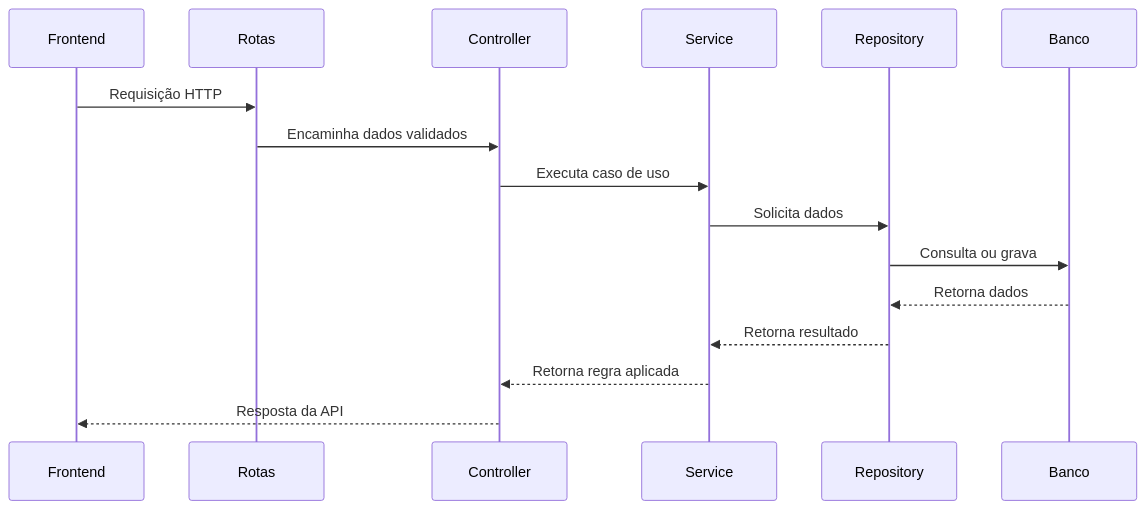
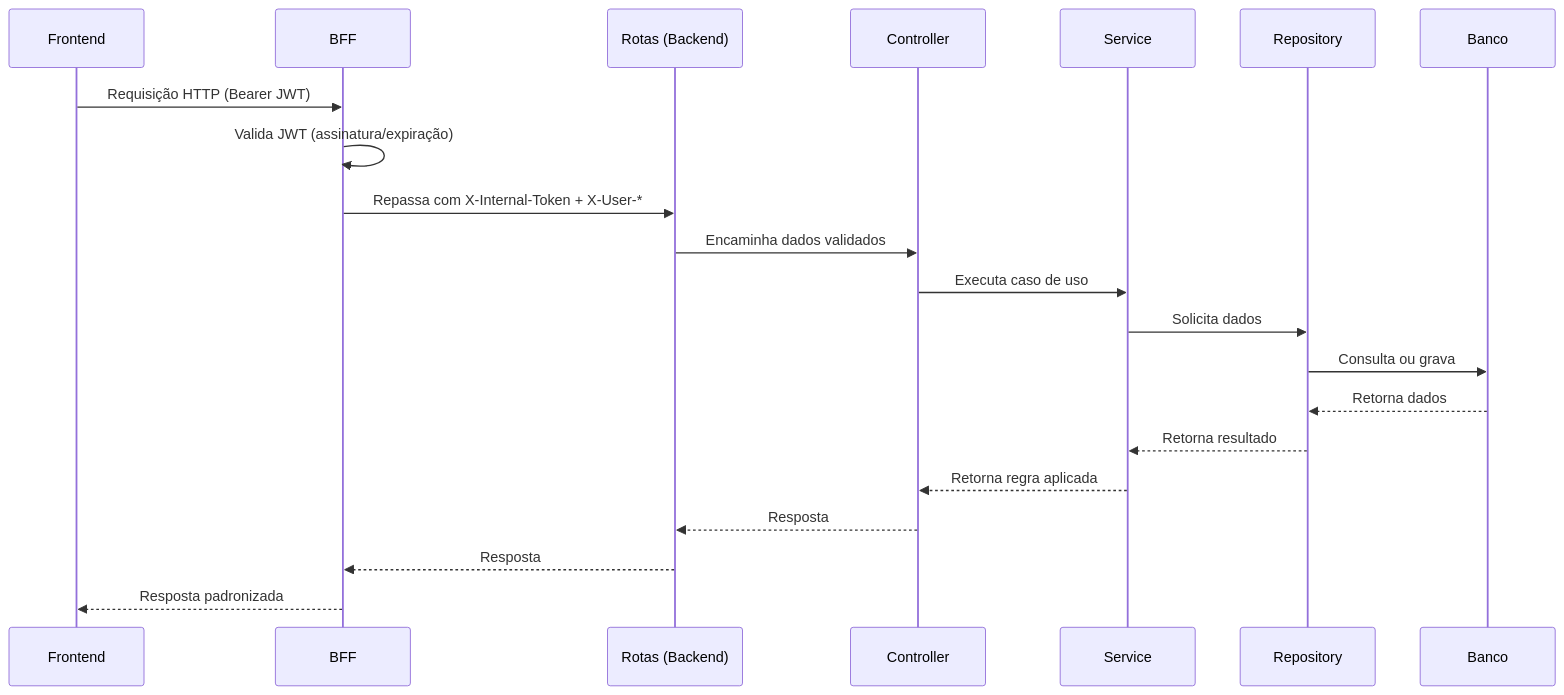
One commit to fga-eps-mds/2026-1-AnatoQuizUp-Doc changed the diagram in docs/arquitetura/visoes/logica.md. Above: the diagram before and after it, drawn with Mermaid. The commit also changed other lines of this file and 14 other files, not shown here.

````diff
--- a/docs/arquitetura/visoes/logica.md
+++ b/docs/arquitetura/visoes/logica.md
@@ -54,19 +66,24 @@
 ```mermaid
 sequenceDiagram
     participant F as Frontend
-    participant R as Rotas
+    participant B as BFF
+    participant R as Rotas (Backend)
     participant C as Controller
     participant S as Service
     participant P as Repository
-    participant B as Banco
+    participant DB as Banco
 
-    F->>R: Requisição HTTP
+    F->>B: Requisição HTTP (Bearer JWT)
+    B->>B: Valida JWT (assinatura/expiração)
+    B->>R: Repassa com X-Internal-Token + X-User-*
     R->>C: Encaminha dados validados
     C->>S: Executa caso de uso
     S->>P: Solicita dados
-    P->>B: Consulta ou grava
-    B-->>P: Retorna dados
+    P->>DB: Consulta ou grava
+    DB-->>P: Retorna dados
     P-->>S: Retorna resultado
     S-->>C: Retorna regra aplicada
-    C-->>F: Resposta da API
+    C-->>R: Resposta
+    R-->>B: Resposta
+    B-->>F: Resposta padronizada
 ```
````
